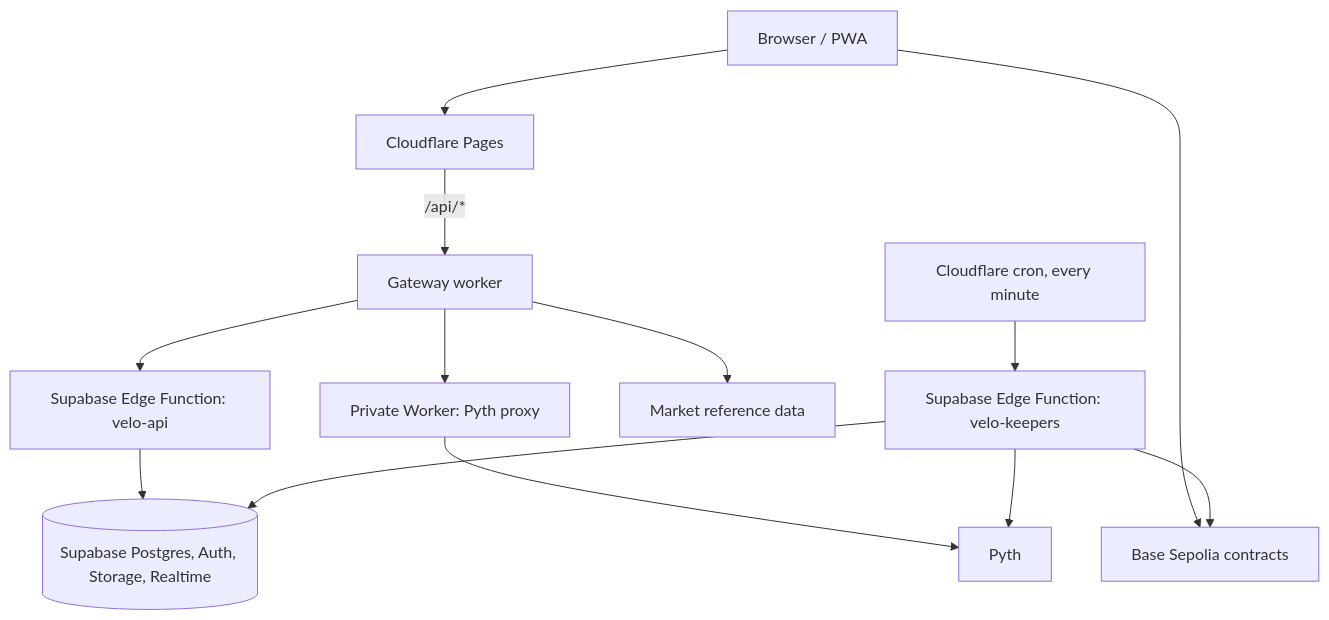
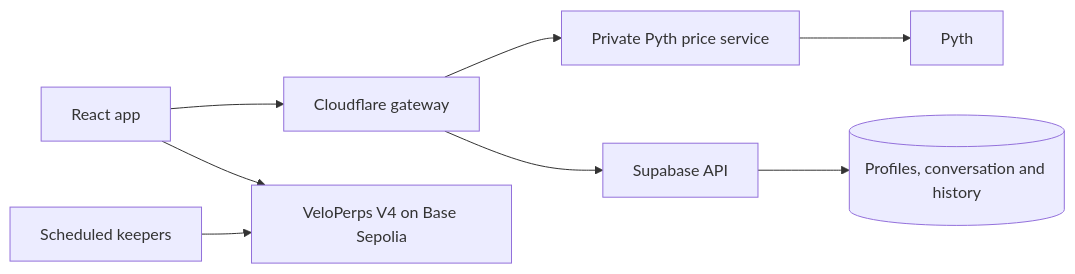
Before and after one commit to stanisnear/velo-trading-terminal: the diagram in README.md, drawn with Mermaid. The commit also changed other lines of this file and 10 other files, not shown here.

````diff
--- a/README.md
+++ b/README.md
@@ -146,15 +69,10 @@
 ```mermaid
-flowchart TD
-  U[Browser / PWA] --> CF[Cloudflare Pages]
-  CF -->|/api/*| GW[Gateway worker]
-  GW --> SB[Supabase Edge Function: velo-api]
-  GW --> PX[Private Worker: Pyth proxy]
-  GW --> MD[Market reference data]
-  PX --> PY[Pyth]
-  SB --> DB[(Supabase Postgres, Auth, Storage, Realtime)]
-  U --> RPC[Base Sepolia contracts]
-  T[Cloudflare cron, every minute] --> KP[Supabase Edge Function: velo-keepers]
-  KP --> PY
-  KP --> RPC
-  KP --> DB
+flowchart LR
+  App[React app] --> Gateway[Cloudflare gateway]
+  Gateway --> Prices[Private Pyth price service]
+  Gateway --> API[Supabase API]
+  API --> Data[(Profiles, conversation and history)]
+  App --> Engine[VeloPerps V4 on Base Sepolia]
+  Keepers[Scheduled keepers] --> Engine
+  Prices --> Pyth[Pyth]
 ```
````
